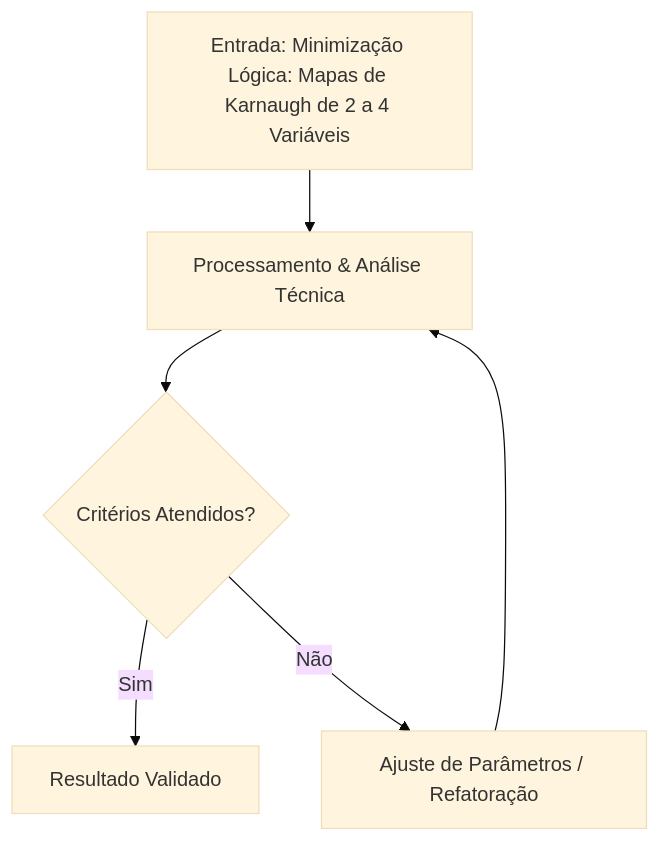
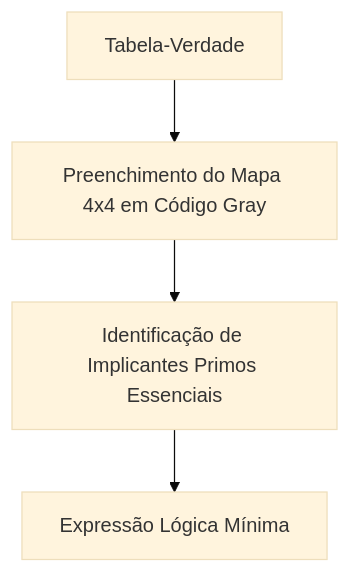
One commit to pedroiff0/page changed the diagram in content/pt-br/resource/Engenharia de Computação/6-periodo/eletronica-digital/anotacoes/aula-04-minimizacao-logica-mapas-de-karnaugh-de-2-a-4-variaveis.md. Above: the diagram before and after it, drawn with Mermaid (base theme). The commit also changed other lines of this file and 826 other files, not shown here.

````diff
--- a/content/pt-br/resource/Engenharia de Computação/6-periodo/eletronica-digital/anotacoes/aula-04-minimizacao-logica-mapas-de-karnaugh-de-2-a-4-variaveis.md
+++ b/content/pt-br/resource/Engenharia de Computação/6-periodo/eletronica-digital/anotacoes/aula-04-minimizacao-logica-mapas-de-karnaugh-de-2-a-4-variaveis.md
@@ -74,8 +88,6 @@
 ```mermaid
 flowchart TD
-    A[Entrada: Minimização Lógica: Mapas de Karnaugh de 2 a 4 Variáveis] --> B[Processamento & Análise Técnica]
-    B --> C{Critérios Atendidos?}
-    C -- Sim --> D[Resultado Validado]
-    C -- Não --> E[Ajuste de Parâmetros / Refatoração]
-    E --> B
+    TV[Tabela-Verdade] --> KMap[Preenchimento do Mapa 4x4 em Código Gray]
+    KMap --> Group[Identificação de Implicantes Primos Essenciais]
+    Group --> Min[Expressão Lógica Mínima]
 ```
````
